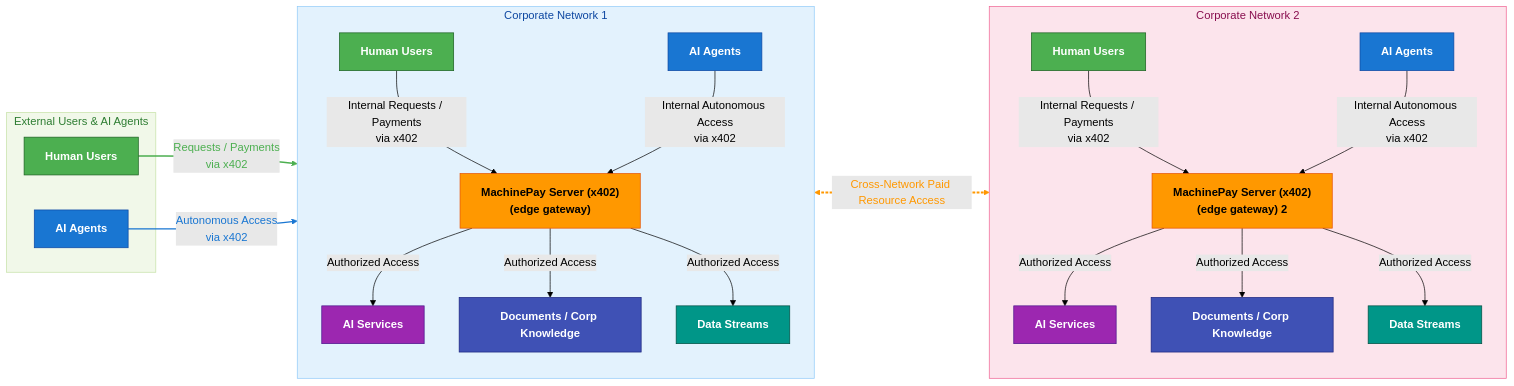
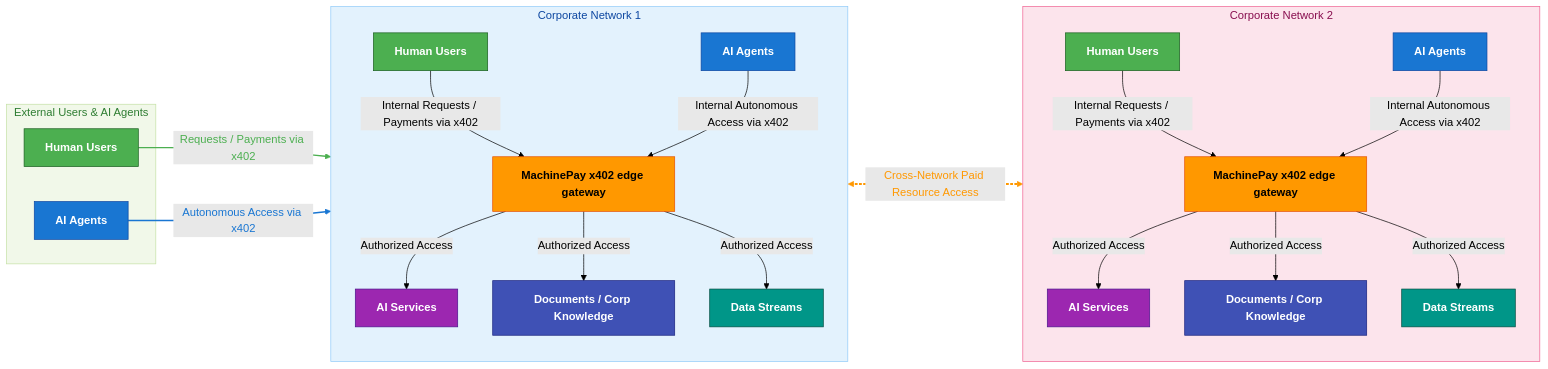
One commit to skalenetwork/machinepal changed the diagram in README.md. Above: the diagram before and after it, drawn with Mermaid (forest theme).

Commit message:
Refine README network diagrams for clarity and consistency

```diff
--- a/README.md
+++ b/README.md
@@ -81,7 +81,7 @@
     %% Corporate Network 1
     subgraph Corporate_Network["Corporate Network 1"]
         direction TB
-        MP["MachinePay Server (x402)\n(edge gateway)"]
+        MP["MachinePay x402 edge gateway"]
         AI1["AI Services"]
         AI2["Documents / Corp Knowledge"]
         AI3["Data Streams"]
@@ -92,7 +92,7 @@
     %% Corporate Network 2
     subgraph Corporate_Network_2["Corporate Network 2"]
         direction TB
-        MP2["MachinePay Server (x402)\n(edge gateway) 2"]
+        MP2["MachinePay x402 edge gateway"]
         AI1B["AI Services"]
         AI2B["Documents / Corp Knowledge"]
         AI3B["Data Streams"]
@@ -101,8 +101,8 @@
     end
 
     %% External access to Network 1
-    U1 -->|Requests / Payments\nvia x402| MP
-    A1 -->|Autonomous Access\nvia x402| MP
+    U1 -->|Requests / Payments via x402| MP
+    A1 -->|Autonomous Access via x402| MP
 
     %% Authorized access (Network 1)
     MP -->|Authorized Access| AI1
@@ -110,12 +110,12 @@
     MP -->|Authorized Access| AI3
 
     %% Internal users (Network 1)
-    HU1 -->|Internal Requests / Payments\nvia x402| MP
-    HA1 -->|Internal Autonomous Access\nvia x402| MP
+    HU1 -->|Internal Requests / Payments via x402| MP
+    HA1 -->|Internal Autonomous Access via x402| MP
 
     %% Internal users (Network 2)
-    HU2 -->|Internal Requests / Payments\nvia x402| MP2
-    HA2 -->|Internal Autonomous Access\nvia x402| MP2
+    HU2 -->|Internal Requests / Payments via x402| MP2
+    HA2 -->|Internal Autonomous Access via x402| MP2
 
     %% Authorized access (Network 2)
     MP2 -->|Authorized Access| AI1B
```
